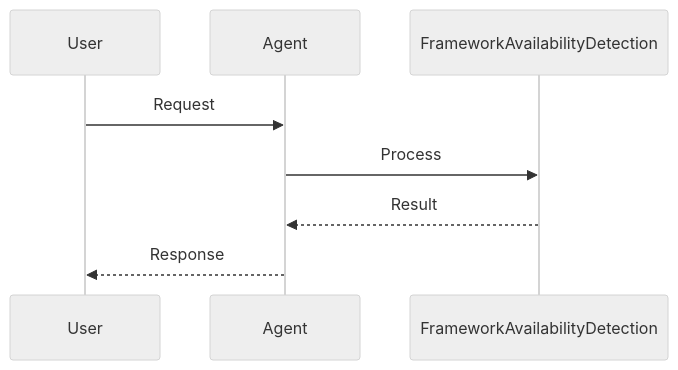
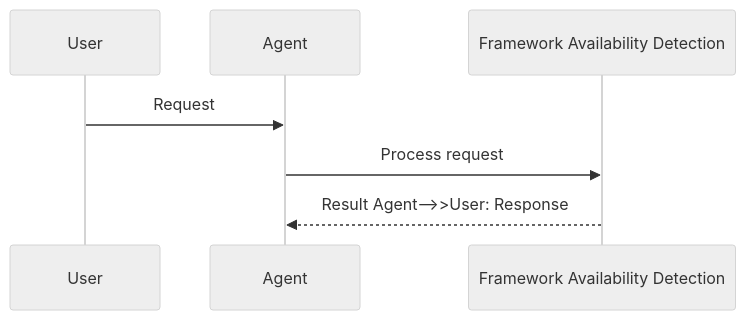
Before and after one commit to MervinPraison/PraisonAIDocs: the second of 2 diagrams in docs/features/framework-availability.mdx, drawn with Mermaid (neutral theme). The commit also changed other lines of this file and 204 other files, not shown here.

First line of the commit message:
docs: align feature/tool pages with AGENTS.md hero, sequence, and import standards (#1777)

````diff
--- a/docs/features/framework-availability.mdx
+++ b/docs/features/framework-availability.mdx
@@ -49,11 +49,10 @@
 ```mermaid
 sequenceDiagram
     participant User
     participant Agent
-    participant FrameworkAvailabilityDetection
+    participant Feature as Framework Availability Detection
 
     User->>Agent: Request
-    Agent->>FrameworkAvailabilityDetection: Process
-    FrameworkAvailabilityDetection-->>Agent: Result
-    Agent-->>User: Response
+    Agent->>Feature: Process request
+    Feature-->>Agent: Result    Agent-->>User: Response
 ```
````
